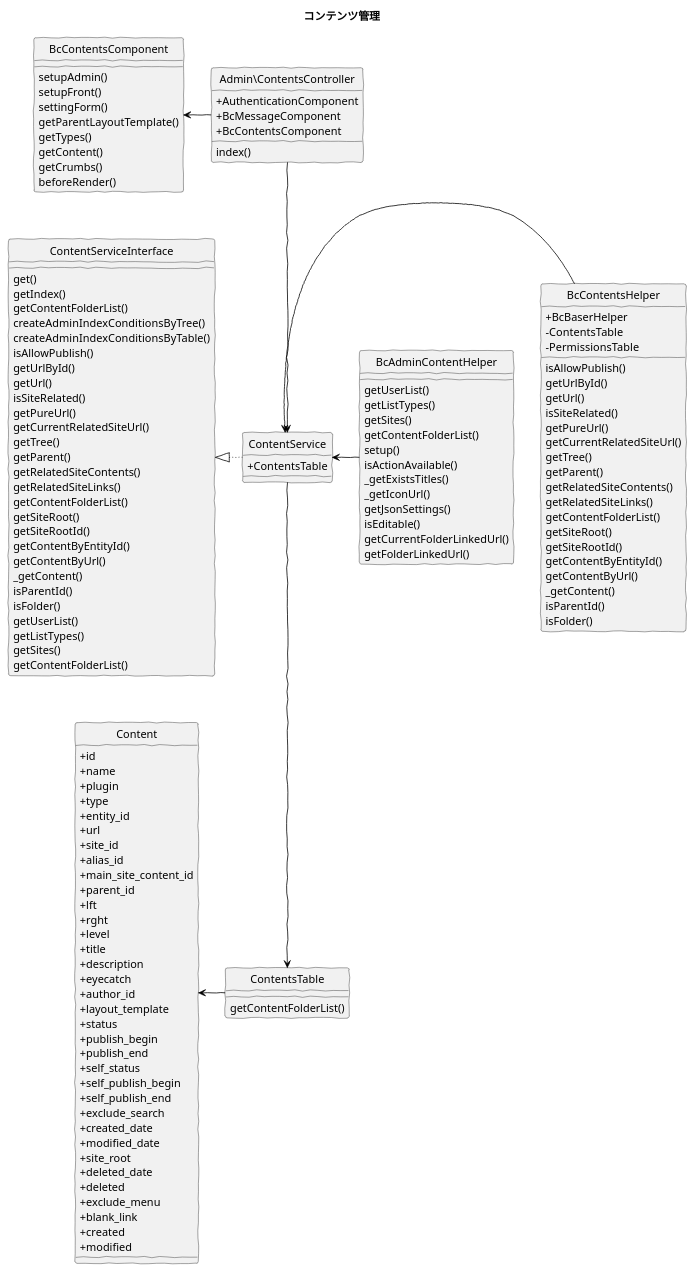
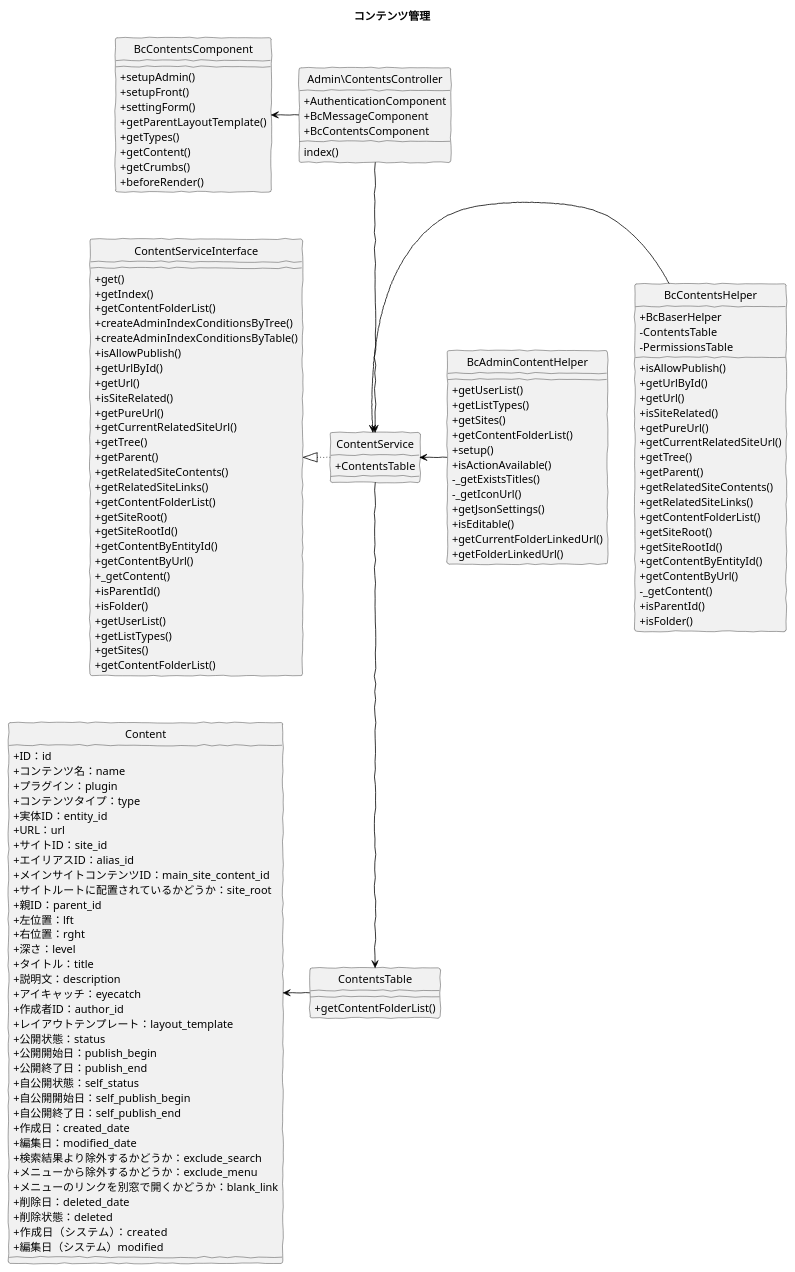
Before and after one commit to baserproject/baserproject.github.io: the diagram in src/puml/5/ucmitz/class/manage_contents.puml, drawn with PlantUML. The commit also changed 12 other files, not shown here.

Commit message:
クラス図を調整

```diff
--- a/src/puml/5/ucmitz/class/manage_contents.puml
+++ b/src/puml/5/ucmitz/class/manage_contents.puml
@@ -1,150 +1,150 @@
 @startuml
 skinparam handwritten true
 hide circle
 skinparam classAttributeIconSize 0
 
 title コンテンツ管理
 
 class Admin\ContentsController {
   + AuthenticationComponent
   + BcMessageComponent
   + BcContentsComponent
   index()
 }
 
 class BcContentsComponent {
-  setupAdmin()
-  setupFront()
-  settingForm()
-  getParentLayoutTemplate()
-  getTypes()
-  getContent()
-  getCrumbs()
-  beforeRender()
+  + setupAdmin()
+  + setupFront()
+  + settingForm()
+  + getParentLayoutTemplate()
+  + getTypes()
+  + getContent()
+  + getCrumbs()
+  + beforeRender()
 }
 
 class BcAdminContentHelper {
-  getUserList()
-  getListTypes()
-  getSites()
-  getContentFolderList()
-  setup()
-  isActionAvailable()
-  _getExistsTitles()
-  _getIconUrl()
-  getJsonSettings()
-  isEditable()
-  getCurrentFolderLinkedUrl()
-  getFolderLinkedUrl()
+  + getUserList()
+  + getListTypes()
+  + getSites()
+  + getContentFolderList()
+  + setup()
+  + isActionAvailable()
+  - _getExistsTitles()
+  - _getIconUrl()
+  + getJsonSettings()
+  + isEditable()
+  + getCurrentFolderLinkedUrl()
+  + getFolderLinkedUrl()
 }
 
 class BcContentsHelper {
   + BcBaserHelper
   - ContentsTable
   - PermissionsTable
-  isAllowPublish()
-  getUrlById()
-  getUrl()
-  isSiteRelated()
-  getPureUrl()
-  getCurrentRelatedSiteUrl()
-  getTree()
-  getParent()
-  getRelatedSiteContents()
-  getRelatedSiteLinks()
-  getContentFolderList()
-  getSiteRoot()
-  getSiteRootId()
-  getContentByEntityId()
-  getContentByUrl()
-  _getContent()
-  isParentId()
-  isFolder()
+  + isAllowPublish()
+  + getUrlById()
+  + getUrl()
+  + isSiteRelated()
+  + getPureUrl()
+  + getCurrentRelatedSiteUrl()
+  + getTree()
+  + getParent()
+  + getRelatedSiteContents()
+  + getRelatedSiteLinks()
+  + getContentFolderList()
+  + getSiteRoot()
+  + getSiteRootId()
+  + getContentByEntityId()
+  + getContentByUrl()
+  - _getContent()
+  + isParentId()
+  + isFolder()
 }
 
 class ContentService {
   + ContentsTable
 }
 
 class ContentsTable {
-  getContentFolderList()
+  + getContentFolderList()
 }
 
 class Content {
-  + id
-  + name
-  + plugin
-  + type
-  + entity_id
-  + url
-  + site_id
-  + alias_id
-  + main_site_content_id
-  + parent_id
-  + lft
-  + rght
-  + level
-  + title
-  + description
-  + eyecatch
-  + author_id
-  + layout_template
-  + status
-  + publish_begin
-  + publish_end
-  + self_status
-  + self_publish_begin
-  + self_publish_end
-  + exclude_search
-  + created_date
-  + modified_date
-  + site_root
-  + deleted_date
-  + deleted
-  + exclude_menu
-  + blank_link
-  + created
-  + modified
+  + ID：id
+  + コンテンツ名：name
+  + プラグイン：plugin
+  + コンテンツタイプ：type
+  + 実体ID：entity_id
+  + URL：url
+  + サイトID：site_id
+  + エイリアスID：alias_id
+  + メインサイトコンテンツID：main_site_content_id
+	+ サイトルートに配置されているかどうか：site_root
+  + 親ID：parent_id
+  + 左位置：lft
+  + 右位置：rght
+  + 深さ：level
+  + タイトル：title
+  + 説明文：description
+  + アイキャッチ：eyecatch
+  + 作成者ID：author_id
+  + レイアウトテンプレート：layout_template
+  + 公開状態：status
+  + 公開開始日：publish_begin
+  + 公開終了日：publish_end
+  + 自公開状態：self_status
+  + 自公開開始日：self_publish_begin
+  + 自公開終了日：self_publish_end
+  + 作成日：created_date
+  + 編集日：modified_date
+  + 検索結果より除外するかどうか：exclude_search
+  + メニューから除外するかどうか：exclude_menu
+  + メニューのリンクを別窓で開くかどうか：blank_link
+  + 削除日：deleted_date
+  + 削除状態：deleted
+  + 作成日（システム）：created
+  + 編集日（システム）modified
 }
 
 class ContentServiceInterface {
-  get()
-  getIndex()
-  getContentFolderList()
-  createAdminIndexConditionsByTree()
-  createAdminIndexConditionsByTable()
-  isAllowPublish()
-  getUrlById()
-  getUrl()
-  isSiteRelated()
-  getPureUrl()
-  getCurrentRelatedSiteUrl()
-  getTree()
-  getParent()
-  getRelatedSiteContents()
-  getRelatedSiteLinks()
-  getContentFolderList()
-  getSiteRoot()
-  getSiteRootId()
-  getContentByEntityId()
-  getContentByUrl()
-  _getContent()
-  isParentId()
-  isFolder()
-  getUserList()
-  getListTypes()
-  getSites()
-  getContentFolderList()
+  + get()
+  + getIndex()
+  + getContentFolderList()
+  + createAdminIndexConditionsByTree()
+  + createAdminIndexConditionsByTable()
+  + isAllowPublish()
+  + getUrlById()
+  + getUrl()
+  + isSiteRelated()
+  + getPureUrl()
+  + getCurrentRelatedSiteUrl()
+  + getTree()
+  + getParent()
+  + getRelatedSiteContents()
+  + getRelatedSiteLinks()
+  + getContentFolderList()
+  + getSiteRoot()
+  + getSiteRootId()
+  + getContentByEntityId()
+  + getContentByUrl()
+  + _getContent()
+  + isParentId()
+  + isFolder()
+  + getUserList()
+  + getListTypes()
+  + getSites()
+  + getContentFolderList()
 }
 
 Admin\ContentsController -left[#Black]-> BcContentsComponent
 Admin\ContentsController -down[#Black]-> ContentService
 
 BcContentsHelper -left[#Black]-> ContentService
 BcAdminContentHelper -left[#Black]-> ContentService
 
 ContentService -left[dotted,#Black]-|> ContentServiceInterface
 ContentService -down[#Black]-> ContentsTable
 ContentsTable -left[#Black]-> Content
 
 @enduml
```
